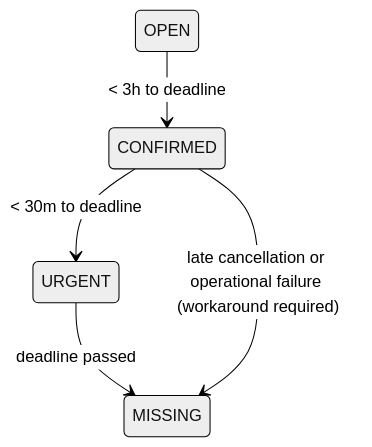
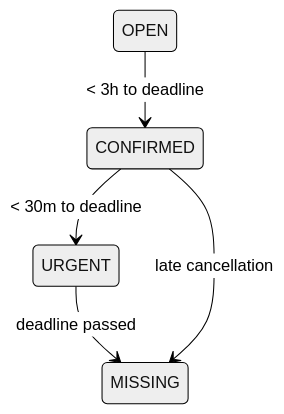
The diagram in README Mini-Project-1.md (ndrspgalan/Logistics-Operations-Improvement-System), drawn with Mermaid (neutral theme) before and after one commit.

Commit message:
Update README Mini-Project-1.md

````diff
--- a/README Mini-Project-1.md
+++ b/README Mini-Project-1.md
@@ -31,9 +31,9 @@
 ```mermaid
 stateDiagram-v2
 
 OPEN --> CONFIRMED : < 3h to deadline
 CONFIRMED --> URGENT : < 30m to deadline
 URGENT --> MISSING : deadline passed
 
-CONFIRMED --> MISSING : late cancellation or operational failure (workaround required)
+CONFIRMED --> MISSING : late cancellation
 ```
````
